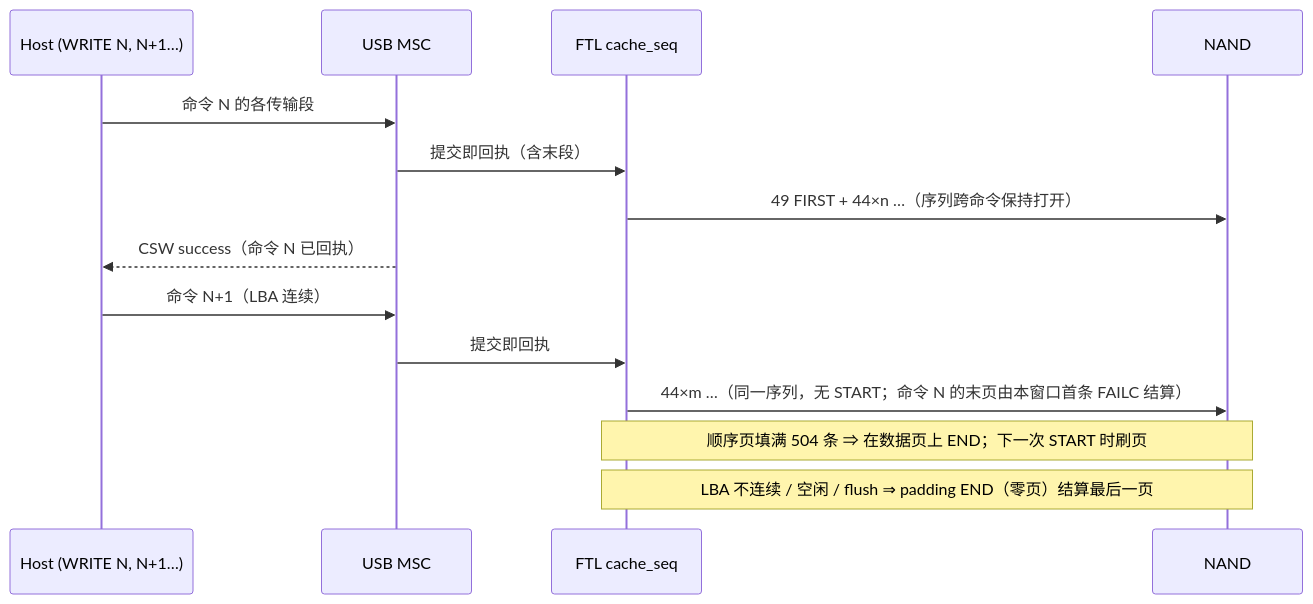
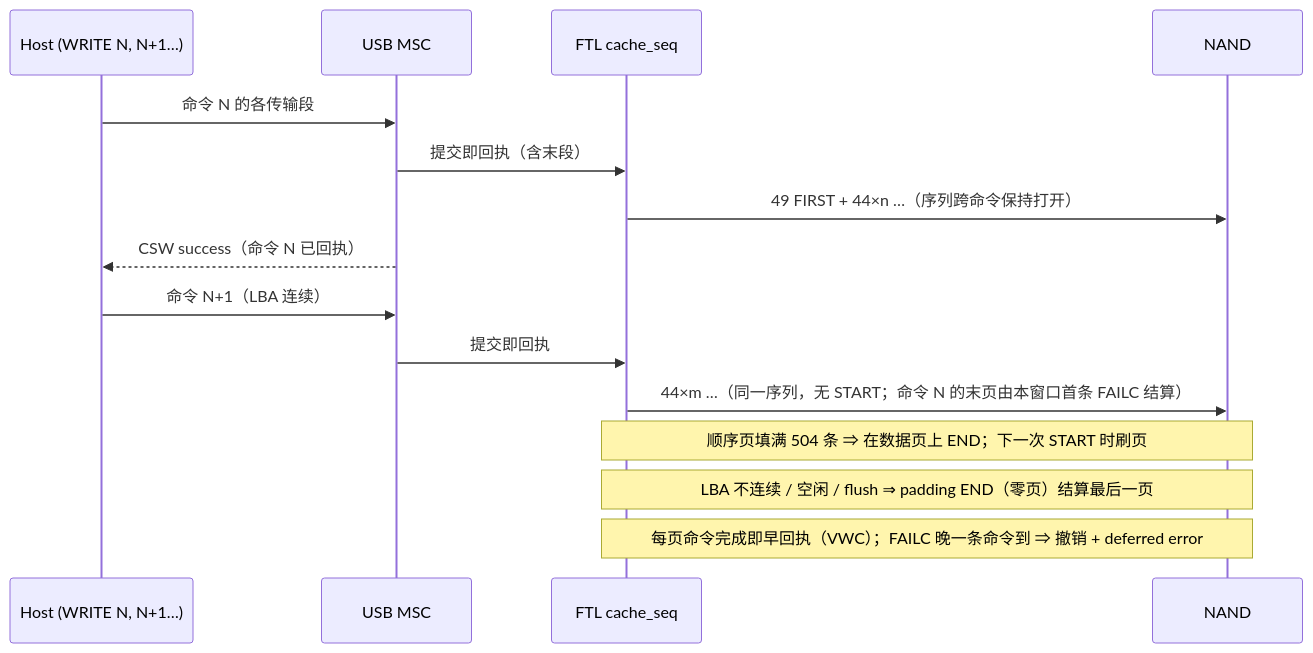
Diagram 24 of 34 in docs/design/ftl_design.md (YzYMIAO/BASESSD), drawn with Mermaid before and after one commit. The commit also changed other lines of this file and 52 other files, not shown here.

````diff
--- a/docs/design/ftl_design.md
+++ b/docs/design/ftl_design.md
@@ -4011,16 +4071,17 @@
 ```mermaid
 sequenceDiagram
     participant H as Host (WRITE N, N+1…)
     participant U as USB MSC
     participant F as FTL cache_seq
     participant N as NAND
     H->>U: 命令 N 的各传输段
     U->>F: 提交即回执（含末段）
     F->>N: 49 FIRST + 44×n …（序列跨命令保持打开）
     U-->>H: CSW success（命令 N 已回执）
     H->>U: 命令 N+1（LBA 连续）
     U->>F: 提交即回执
     F->>N: 44×m …（同一序列，无 START；命令 N 的末页由本窗口首条 FAILC 结算）
     Note over F,N: 顺序页填满 504 条 ⇒ 在数据页上 END；下一次 START 时刷页
     Note over F,N: LBA 不连续 / 空闲 / flush ⇒ padding END（零页）结算最后一页
+    Note over F,N: 每页命令完成即早回执（VWC）；FAILC 晚一条命令到 ⇒ 撤销 + deferred error
 ```
````
